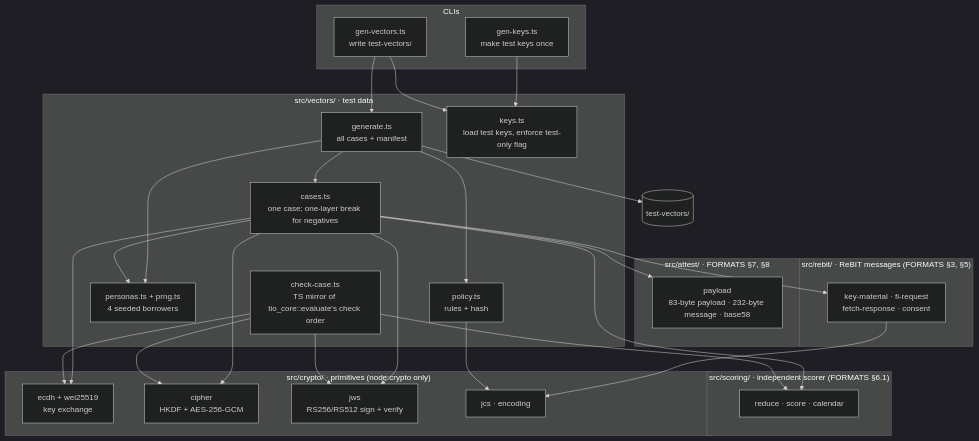
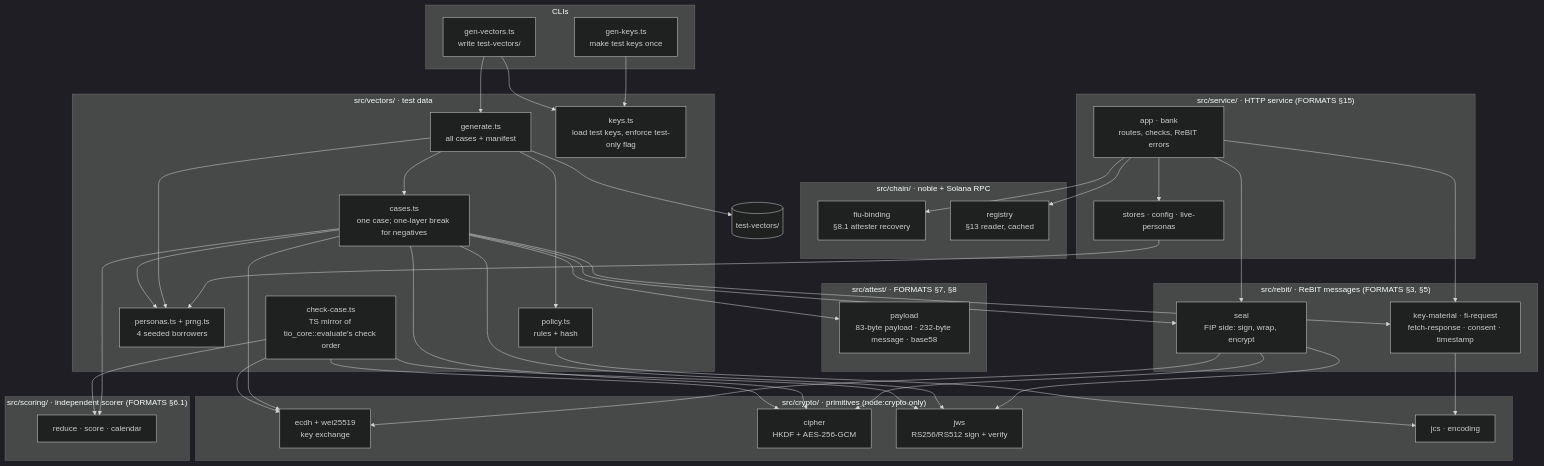
One commit to pandaa880/tee-income-oracle changed the diagram in sandbox-bank/README.md. Above: the diagram before and after it, drawn with Mermaid (dark theme). The commit also changed other lines of this file and 40 other files, not shown here.

First line of the commit message:
feat(sandbox-bank): add live mock FIP + AA HTTP service (#27)

````diff
--- a/sandbox-bank/README.md
+++ b/sandbox-bank/README.md
@@ -36,52 +49,71 @@
 ```mermaid
 flowchart TD
   subgraph cli["CLIs"]
     GK["gen-keys.ts<br/>make test keys once"]
     GV["gen-vectors.ts<br/>write test-vectors/"]
+  end
+  subgraph service["src/service/ · HTTP service (FORMATS §15)"]
+    APP["app · bank<br/>routes, checks, ReBIT errors"]
+    STORE["stores · config · live-personas"]
+  end
+  subgraph chain["src/chain/ · noble + Solana RPC"]
+    BIND["fiu-binding<br/>§8.1 attester recovery"]
+    REG["registry<br/>§13 reader, cached"]
   end
   subgraph vectors["src/vectors/ · test data"]
     GEN["generate.ts<br/>all cases + manifest"]
     CASES["cases.ts<br/>one case; one-layer break for negatives"]
     CHECK["check-case.ts<br/>TS mirror of tio_core::evaluate's check order"]
     PER["personas.ts + prng.ts<br/>4 seeded borrowers"]
     POL["policy.ts<br/>rules + hash"]
     KEYS["keys.ts<br/>load test keys, enforce test-only flag"]
   end
   subgraph scoring["src/scoring/ · independent scorer (FORMATS §6.1)"]
     SCORE["reduce · score · calendar"]
   end
   subgraph attest["src/attest/ · FORMATS §7, §8"]
     PAY["payload<br/>83-byte payload · 232-byte message · base58"]
   end
   subgraph rebit["src/rebit/ · ReBIT messages (FORMATS §3, §5)"]
-    MSG["key-material · fi-request<br/>fetch-response · consent"]
+    MSG["key-material · fi-request<br/>fetch-response · consent · timestamp"]
+    SEAL["seal<br/>FIP side: sign, wrap, encrypt"]
   end
   subgraph crypto["src/crypto/ · primitives (node:crypto only)"]
     ECDH["ecdh + wei25519<br/>key exchange"]
     CIPH["cipher<br/>HKDF + AES-256-GCM"]
     JWS["jws<br/>RS256/RS512 sign + verify"]
     UTIL["jcs · encoding"]
   end
   OUT[("test-vectors/")]
 
+  APP --> STORE
+  APP --> BIND
+  APP --> REG
+  APP --> SEAL
+  APP --> MSG
+  STORE --> PER
+  SEAL --> ECDH
+  SEAL --> CIPH
+  SEAL --> JWS
+  CASES --> SEAL
   GK --> KEYS
   GV --> GEN
   GV --> KEYS
   GEN --> CASES
   GEN --> PER
   GEN --> POL
   GEN --> OUT
   CASES --> MSG
   CASES --> PER
   CASES --> ECDH
   CASES --> CIPH
   CASES --> JWS
   CASES --> SCORE
   CASES --> PAY
   CHECK --> SCORE
   CHECK --> ECDH
   CHECK --> CIPH
   CHECK --> JWS
   MSG --> UTIL
   POL --> UTIL
 ```
````
